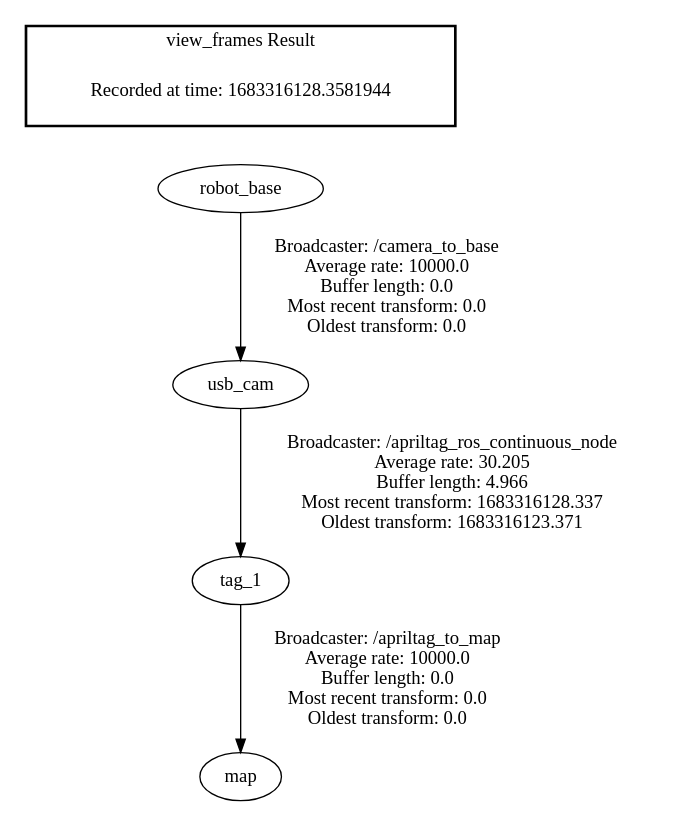
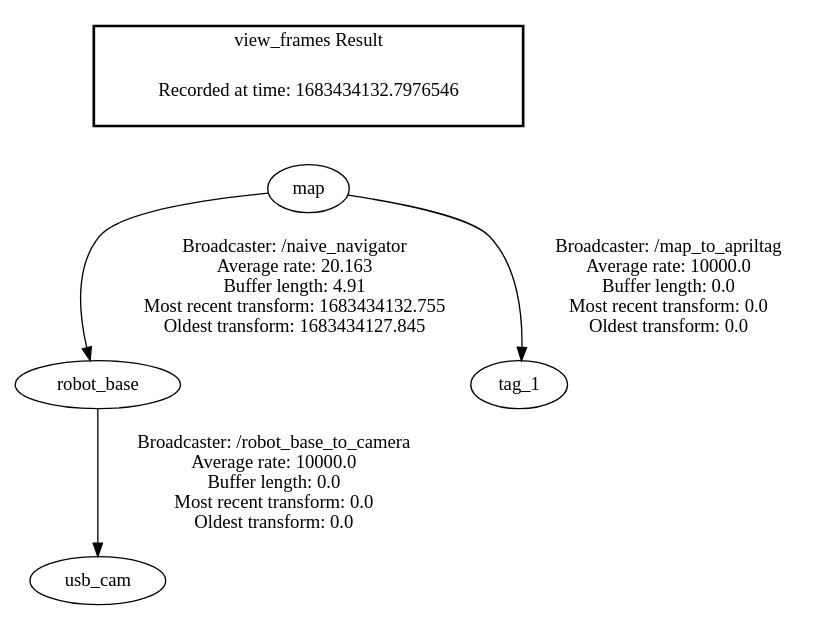
One commit to MARS-UVA/mars-ros changed the diagram in src/navigation/frames.gv. Above: the diagram before and after it, drawn with Graphviz. The commit also changed 4 other files, not shown here.

```diff
--- a/src/navigation/frames.gv
+++ b/src/navigation/frames.gv
@@ -1,9 +1,9 @@
 digraph G {
-"tag_1" -> "map"[label=" Broadcaster: /apriltag_to_map\nAverage rate: 10000.0\nBuffer length: 0.0\nMost recent transform: 0.0\nOldest transform: 0.0\n"];
-"usb_cam" -> "tag_1"[label=" Broadcaster: /apriltag_ros_continuous_node\nAverage rate: 30.205\nBuffer length: 4.966\nMost recent transform: 1683316128.337\nOldest transform: 1683316123.371\n"];
-"robot_base" -> "usb_cam"[label=" Broadcaster: /camera_to_base\nAverage rate: 10000.0\nBuffer length: 0.0\nMost recent transform: 0.0\nOldest transform: 0.0\n"];
+"robot_base" -> "usb_cam"[label=" Broadcaster: /robot_base_to_camera\nAverage rate: 10000.0\nBuffer length: 0.0\nMost recent transform: 0.0\nOldest transform: 0.0\n"];
+"map" -> "robot_base"[label=" Broadcaster: /naive_navigator\nAverage rate: 20.163\nBuffer length: 4.91\nMost recent transform: 1683434132.755\nOldest transform: 1683434127.845\n"];
+"map" -> "tag_1"[label=" Broadcaster: /map_to_apriltag\nAverage rate: 10000.0\nBuffer length: 0.0\nMost recent transform: 0.0\nOldest transform: 0.0\n"];
 edge [style=invis];
  subgraph cluster_legend { style=bold; color=black; label ="view_frames Result";
-"Recorded at time: 1683316128.3581944"[ shape=plaintext ] ;
-}->"robot_base";
+"Recorded at time: 1683434132.7976546"[ shape=plaintext ] ;
+}->"map";
 }
```
